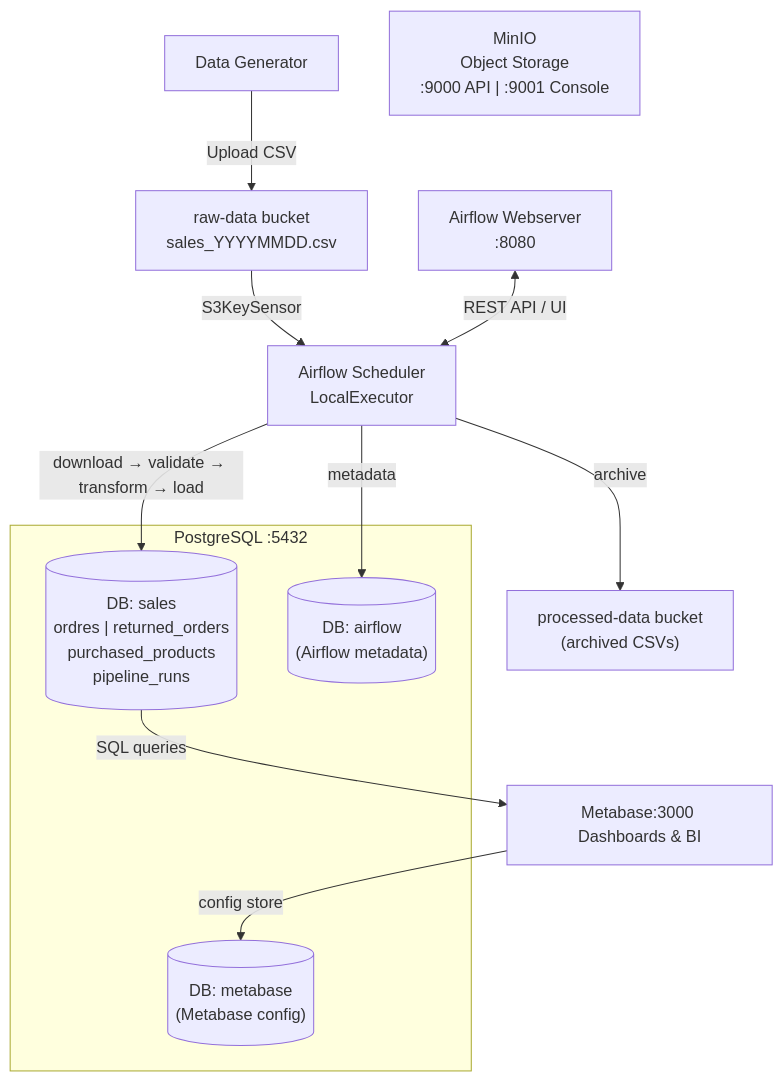
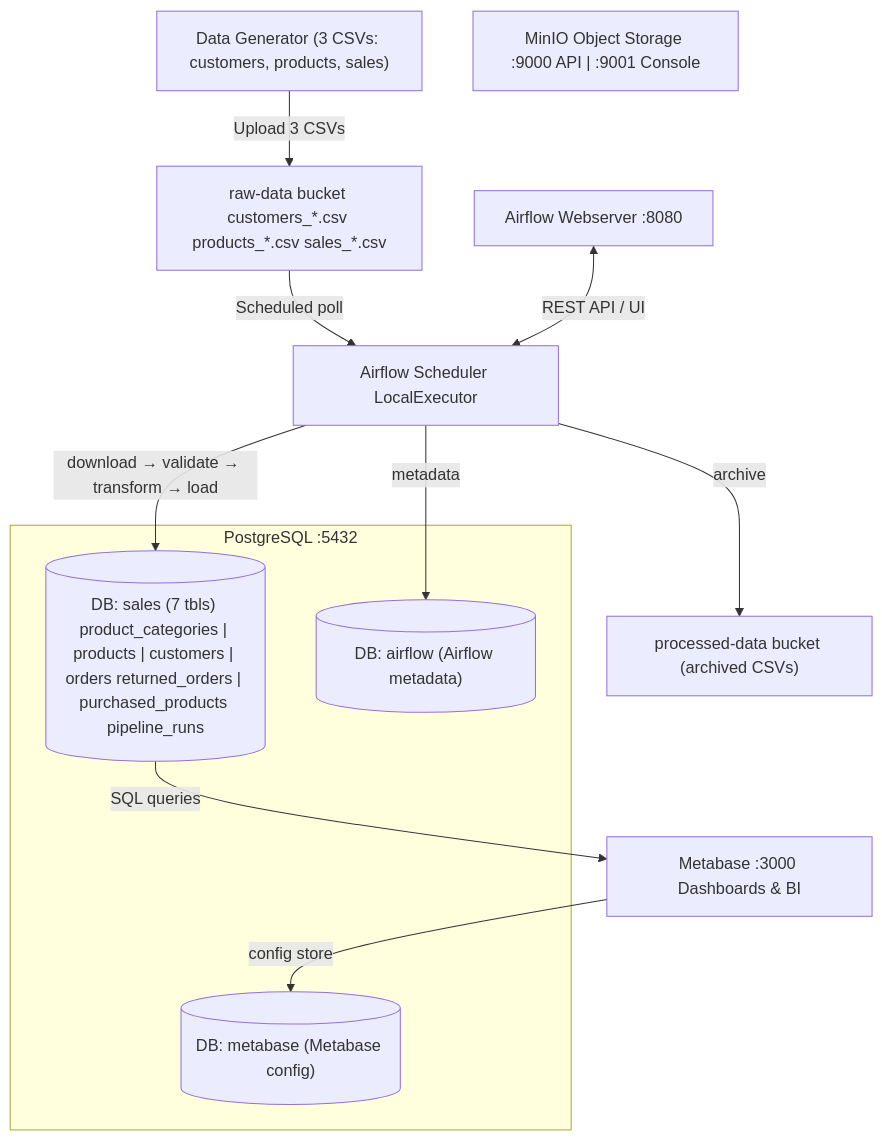
One commit to DE-E-K/DEM12 changed the first of 2 diagrams in docs/architecture.md. Above: the diagram before and after it, drawn with Mermaid. The commit also changed other lines of this file and 16 other files, not shown here.

First line of the commit message:
Refactor transformations and database schema for sales data platform

````diff
--- a/docs/architecture.md
+++ b/docs/architecture.md
@@ -5,26 +5,26 @@
 ```mermaid
 flowchart TD
-    GEN["Data Generator"]
-    MINIO["MinIO\nObject Storage\n:9000 API | :9001 Console"]
-    RAW["raw-data bucket\nsales_YYYYMMDD.csv"]
-    AF_WEB["Airflow Webserver\n:8080"]
-    AF_SCH["Airflow Scheduler\nLocalExecutor"]
-    PROC["processed-data bucket\n(archived CSVs)"]
+    GEN["Data Generator (3 CSVs: customers, products, sales)"]
+    MINIO["MinIO Object Storage :9000 API | :9001 Console"]
+    RAW["raw-data bucket customers_*.csv products_*.csv sales_*.csv"]
+    AF_WEB["Airflow Webserver :8080"]
+    AF_SCH["Airflow Scheduler LocalExecutor"]
+    PROC["processed-data bucket (archived CSVs)"]
 
     subgraph PG ["PostgreSQL :5432"]
-        DB_SALES[("DB: sales\nordres | returned_orders\npurchased_products\npipeline_runs")]
-        DB_AF[("DB: airflow\n(Airflow metadata)")]
-        DB_MB[("DB: metabase\n(Metabase config)")]
+        DB_SALES[("DB: sales (7 tbls) product_categories | products | customers | orders returned_orders | purchased_products pipeline_runs")]
+        DB_AF[("DB: airflow (Airflow metadata)")]
+        DB_MB[("DB: metabase (Metabase config)")]
     end
 
-    MB["Metabase:3000 Dashboards & BI"]
+    MB["Metabase :3000 Dashboards & BI"]
 
-    GEN -->|"Upload CSV"| RAW
-    RAW -->|"S3KeySensor"| AF_SCH
+    GEN -->|"Upload 3 CSVs"| RAW
+    RAW -->|"Scheduled poll"| AF_SCH
     AF_WEB <-->|"REST API / UI"| AF_SCH
     AF_SCH -->|"download → validate → transform → load"| DB_SALES
     AF_SCH -->|"archive"| PROC
     AF_SCH -->|"metadata"| DB_AF
     DB_SALES -->|"SQL queries"| MB
     MB -->|"config store"| DB_MB
 ```
````
